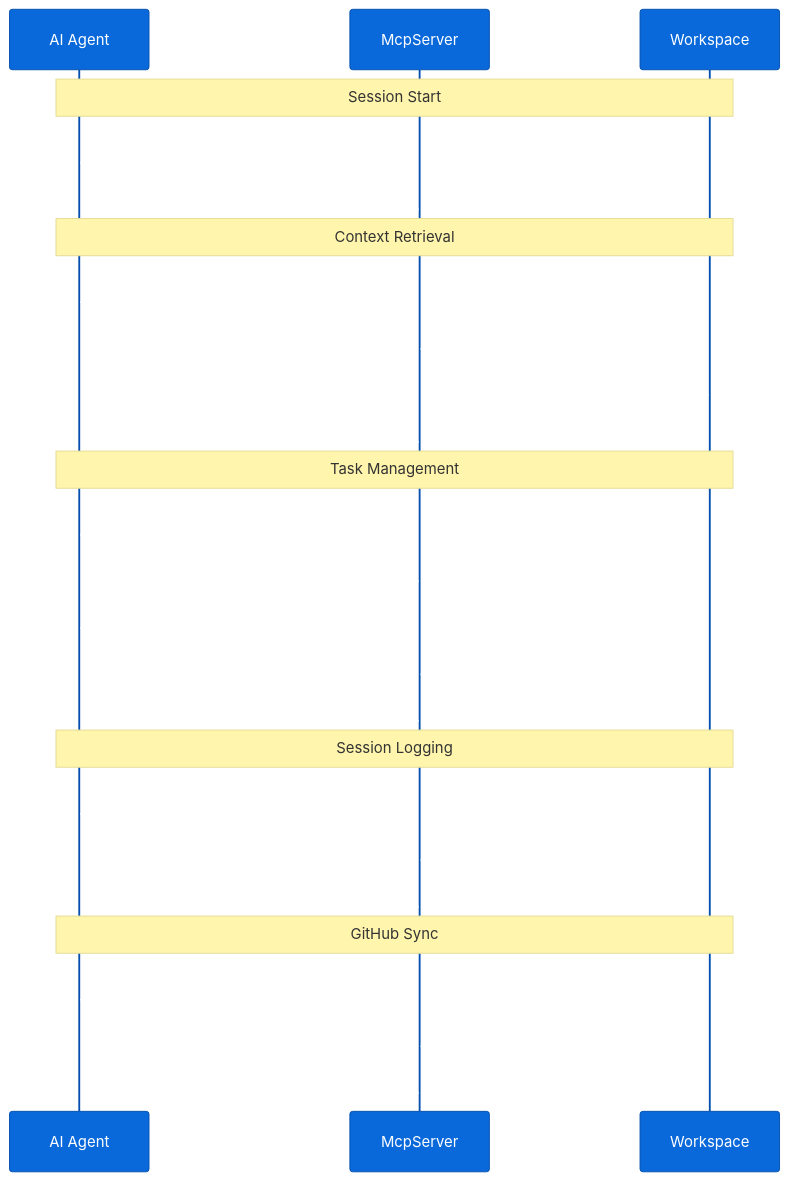
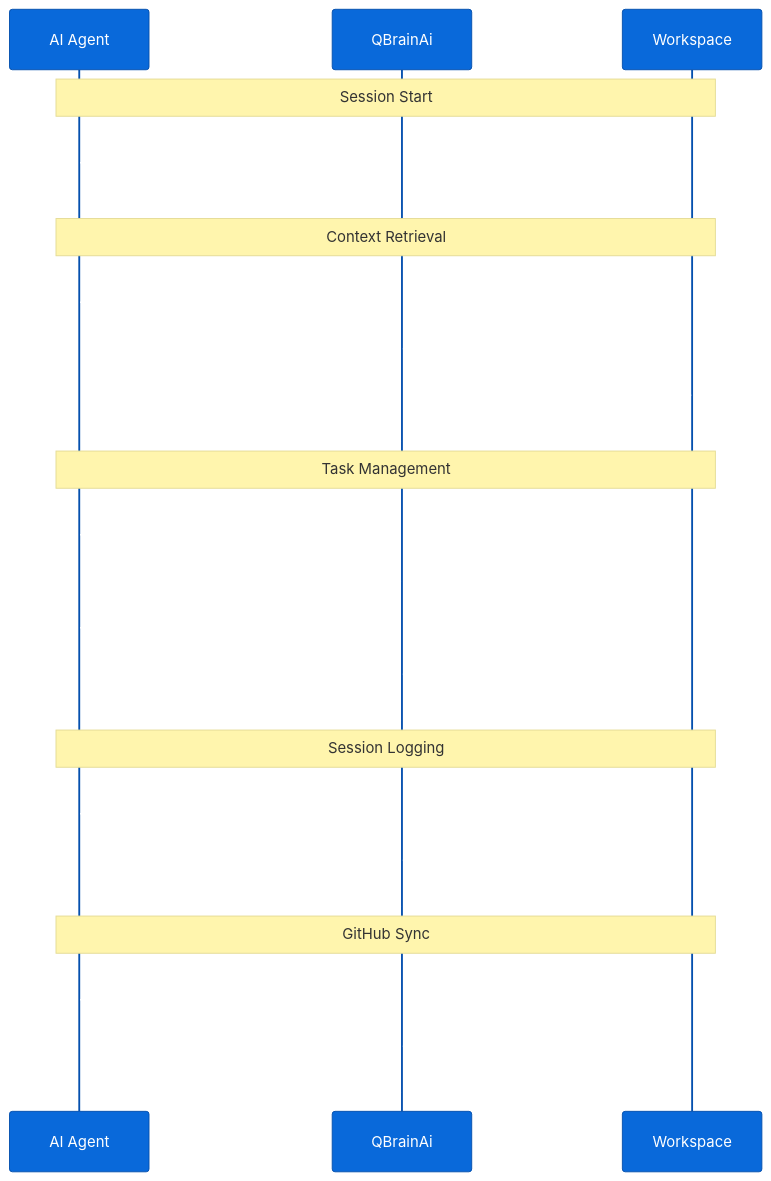
One commit to sharpninja/McpServer changed the diagram in docs/Marketing/diagrams/agent-workflow.mmd. Above: the diagram before and after it, drawn with Mermaid. The commit also changed 4965 other files, not shown here.

```diff
--- a/docs/Marketing/diagrams/agent-workflow.mmd
+++ b/docs/Marketing/diagrams/agent-workflow.mmd
@@ -1,39 +1,39 @@
 ---
 config:
   theme: base
   themeVariables:
     primaryColor: "#0969da"
     primaryTextColor: "#ffffff"
     primaryBorderColor: "#0550ae"
     lineColor: "#57606a"
     secondaryColor: "#f6f8fa"
     tertiaryColor: "#ddf4ff"
     background: "#ffffff"
     fontSize: "14px"
 ---
 sequenceDiagram
     participant Agent as AI Agent
-    participant MCP as McpServer
+    participant MCP as QBrainAi
     participant WS as Workspace
     Note over Agent,WS: Session Start
     Agent->>MCP: Read AGENTS-README-FIRST.yaml
     MCP-->>Agent: API key, base URL, workspace path
     Note over Agent,WS: Context Retrieval
-    Agent->>MCP: POST /mcpserver/context/search
+    Agent->>MCP: POST /qbrainai/context/search
     MCP->>WS: FTS5 + HNSW vector search
     WS-->>MCP: Matching code chunks
     MCP-->>Agent: Ranked context pack
     Note over Agent,WS: Task Management
-    Agent->>MCP: GET /mcpserver/todo?section=backlog
+    Agent->>MCP: GET /qbrainai/todo?section=backlog
     MCP-->>Agent: TODO item list
-    Agent->>MCP: PUT /mcpserver/todo/{id}
+    Agent->>MCP: PUT /qbrainai/todo/{id}
     MCP->>WS: Write TODO.yaml / SQLite
     MCP-->>Agent: Updated item
     Note over Agent,WS: Session Logging
-    Agent->>MCP: POST /mcpserver/sessionlog
+    Agent->>MCP: POST /qbrainai/sessionlog
     MCP->>WS: Persist session entry
     MCP-->>Agent: Session ID confirmed
     Note over Agent,WS: GitHub Sync
-    Agent->>MCP: POST /mcpserver/sync
+    Agent->>MCP: POST /qbrainai/sync
     MCP->>WS: Sync TODOs with GitHub Issues
     MCP-->>Agent: Sync result
```
